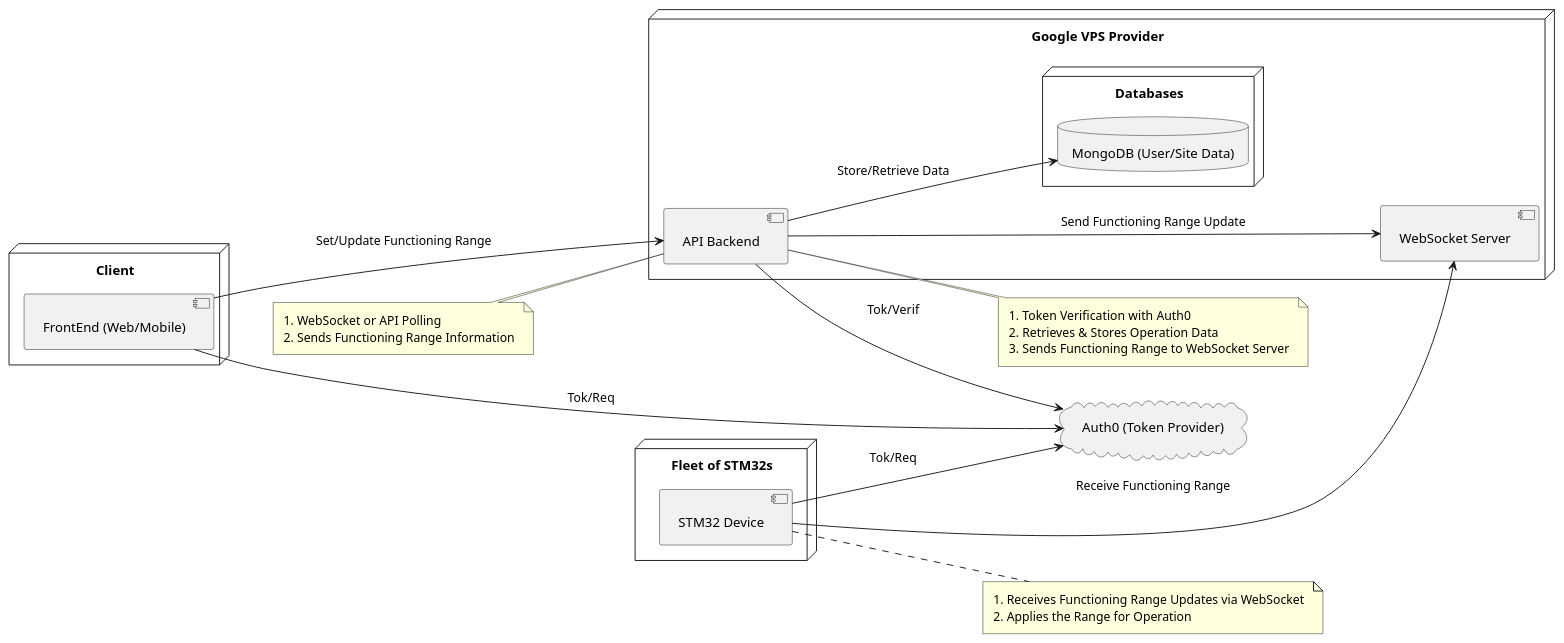
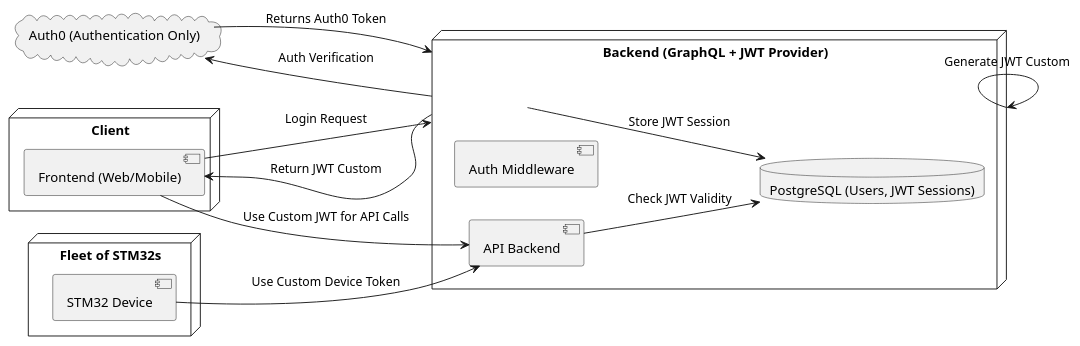
One commit to Flamware/CapIot.api changed the diagram in STM32Architecture.puml. Above: the diagram before and after it, drawn with PlantUML. The commit also changed 21 other files, not shown here.

First line of the commit message:
feat: Implement authentication flow with Auth0 and JWT

```diff
--- a/STM32Architecture.puml
+++ b/STM32Architecture.puml
@@ -1,65 +1,33 @@
 @startuml
-' Set left to right direction for overall layout
 left to right direction
 
 skinparam componentStyle uml2
-skinparam nodePadding 20
-skinparam componentPadding 5
-skinparam classAttributeIconSize 0
-skinparam nodeMargin 50
-skinparam padding 5
-skinparam lineThickness 1
-skinparam backgroundColor #EEEBD
 
-' Nodes and components
 node "Client" {
-  component "FrontEnd (Web/Mobile)" as FE
+  component "Frontend (Web/Mobile)" as FE
 }
 
-cloud "Auth0 (Token Provider)" as Auth0{
+cloud "Auth0 (Authentication Only)" as Auth0
 
+node "Backend (GraphQL + JWT Provider)" as Backend {
+  component "Auth Middleware" as AuthMiddleware
+  component "API Backend" as API_Backend
+  database "PostgreSQL (Users, JWT Sessions)" as PostgreSQL
 }
 
-node "Google VPS Provider" {
-  component "API Backend" as API_Backend
-  component "WebSocket Server" as WS_Server
-
-  node "Databases" {
-    database "MongoDB (User/Site Data)" as MongoDB
-  }
-}
-
-' Fleet of STM32s node placed explicitly to the right of "API InfluxDB"
 node "Fleet of STM32s" {
   component "STM32 Device" as STM32
 }
 
-' Relationships
-FE -> Auth0 : "Tok/Req"
-FE ---> API_Backend : "Set/Update Functioning Range"
-API_Backend -down-> Auth0 : "Tok/Verif"
-API_Backend --> MongoDB : "Store/Retrieve Data"
+FE --> Backend : "Login Request"
+Backend --> Auth0 : "Auth Verification"
+Auth0 --> Backend : "Returns Auth0 Token"
+Backend --> Backend : "Generate JWT Custom"
+Backend --> PostgreSQL : "Store JWT Session"
+Backend --> FE : "Return JWT Custom"
 
-API_Backend ---> WS_Server : "Send Functioning Range Update"
-STM32 ---> WS_Server : "Receive Functioning Range"
-STM32 -> Auth0 : "Tok/Req"
-
-' Add notes for better understanding
-note right of API_Backend
-  1. Token Verification with Auth0
-  2. Retrieves & Stores Operation Data
-  3. Sends Functioning Range to WebSocket Server
-end note
-
-note right of STM32
-  1. Receives Functioning Range Updates via WebSocket
-  2. Applies the Range for Operation
-end note
-
-' Note for the relationship between API Backend and STM32 Device
-note left of API_Backend
-  1. WebSocket or API Polling
-  2. Sends Functioning Range Information
-end note
+FE --> API_Backend : "Use Custom JWT for API Calls"
+API_Backend --> PostgreSQL : "Check JWT Validity"
+STM32 --> API_Backend : "Use Custom Device Token"
 
 @enduml
```
